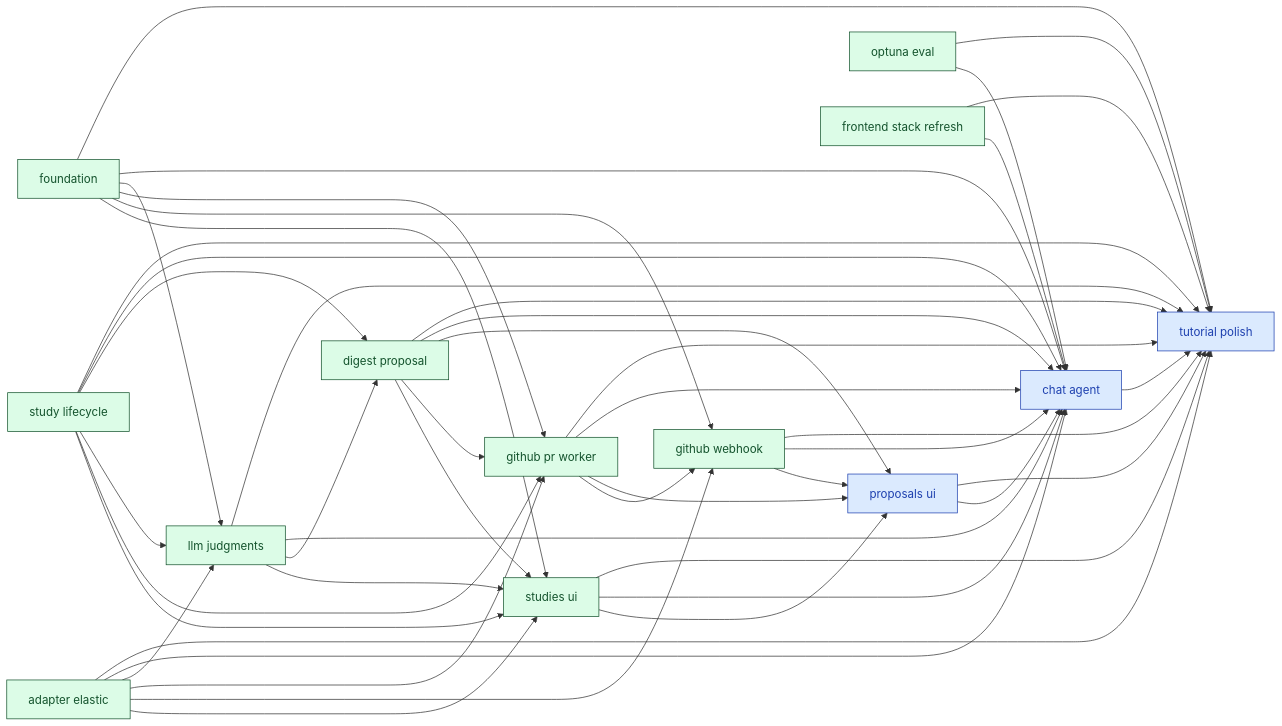
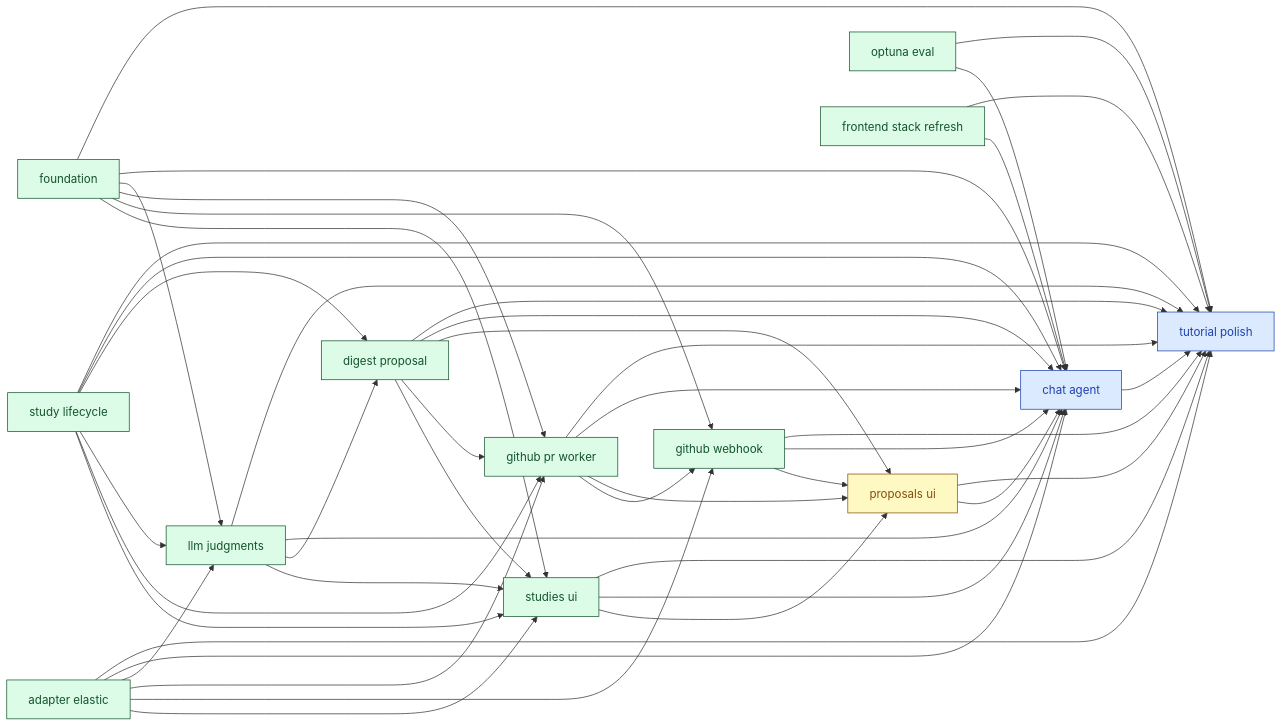
The diagram in docs/00_overview/MVP1_DASHBOARD.md (SoundMindsAI/relyloop), drawn with Mermaid before and after one commit. The commit also changed other lines of this file and 3 other files, not shown here.

````diff
--- a/docs/00_overview/MVP1_DASHBOARD.md
+++ b/docs/00_overview/MVP1_DASHBOARD.md
@@ -89,78 +90,78 @@
 ```mermaid
 graph LR
   classDef done fill:#dcfce7,stroke:#14532d,color:#14532d;
   classDef implement fill:#ffedd5,stroke:#9a3412,color:#9a3412;
   classDef plan fill:#fef9c3,stroke:#854d0e,color:#854d0e;
   classDef spec fill:#dbeafe,stroke:#1e40af,color:#1e40af;
   classDef idea fill:#f1f5f9,stroke:#334155,color:#334155;
   chore_tutorial_polish["tutorial polish"]
   class chore_tutorial_polish spec;
   feat_chat_agent["chat agent"]
   class feat_chat_agent spec;
   feat_proposals_ui["proposals ui"]
-  class feat_proposals_ui spec;
+  class feat_proposals_ui plan;
   infra_foundation["foundation"]
   class infra_foundation done;
   feat_study_lifecycle["study lifecycle"]
   class feat_study_lifecycle done;
   infra_adapter_elastic["adapter elastic"]
   class infra_adapter_elastic done;
   infra_optuna_eval["optuna eval"]
   class infra_optuna_eval done;
   feat_digest_proposal["digest proposal"]
   class feat_digest_proposal done;
   feat_llm_judgments["llm judgments"]
   class feat_llm_judgments done;
   feat_github_pr_worker["github pr worker"]
   class feat_github_pr_worker done;
   feat_github_webhook["github webhook"]
   class feat_github_webhook done;
   feat_studies_ui["studies ui"]
   class feat_studies_ui done;
   infra_frontend_stack_refresh["frontend stack refresh"]
   class infra_frontend_stack_refresh done;
   feat_chat_agent --> chore_tutorial_polish
   feat_digest_proposal --> chore_tutorial_polish
   feat_github_pr_worker --> chore_tutorial_polish
   feat_github_webhook --> chore_tutorial_polish
   feat_llm_judgments --> chore_tutorial_polish
   feat_proposals_ui --> chore_tutorial_polish
   feat_studies_ui --> chore_tutorial_polish
   feat_study_lifecycle --> chore_tutorial_polish
   infra_adapter_elastic --> chore_tutorial_polish
   infra_foundation --> chore_tutorial_polish
   infra_frontend_stack_refresh --> chore_tutorial_polish
   infra_optuna_eval --> chore_tutorial_polish
   feat_digest_proposal --> feat_chat_agent
   feat_github_pr_worker --> feat_chat_agent
   feat_github_webhook --> feat_chat_agent
   feat_llm_judgments --> feat_chat_agent
   feat_proposals_ui --> feat_chat_agent
   feat_studies_ui --> feat_chat_agent
   feat_study_lifecycle --> feat_chat_agent
   infra_adapter_elastic --> feat_chat_agent
   infra_foundation --> feat_chat_agent
   infra_frontend_stack_refresh --> feat_chat_agent
   infra_optuna_eval --> feat_chat_agent
   feat_studies_ui --> feat_proposals_ui
   feat_digest_proposal --> feat_proposals_ui
   feat_github_pr_worker --> feat_proposals_ui
   feat_github_webhook --> feat_proposals_ui
   feat_study_lifecycle --> feat_digest_proposal
   feat_llm_judgments --> feat_digest_proposal
   infra_foundation --> feat_llm_judgments
   infra_adapter_elastic --> feat_llm_judgments
   feat_study_lifecycle --> feat_llm_judgments
   infra_foundation --> feat_github_pr_worker
   infra_adapter_elastic --> feat_github_pr_worker
   feat_study_lifecycle --> feat_github_pr_worker
   feat_digest_proposal --> feat_github_pr_worker
   infra_foundation --> feat_github_webhook
   infra_adapter_elastic --> feat_github_webhook
   feat_github_pr_worker --> feat_github_webhook
   infra_foundation --> feat_studies_ui
   feat_study_lifecycle --> feat_studies_ui
   feat_digest_proposal --> feat_studies_ui
   feat_llm_judgments --> feat_studies_ui
   infra_adapter_elastic --> feat_studies_ui
 ```
````
